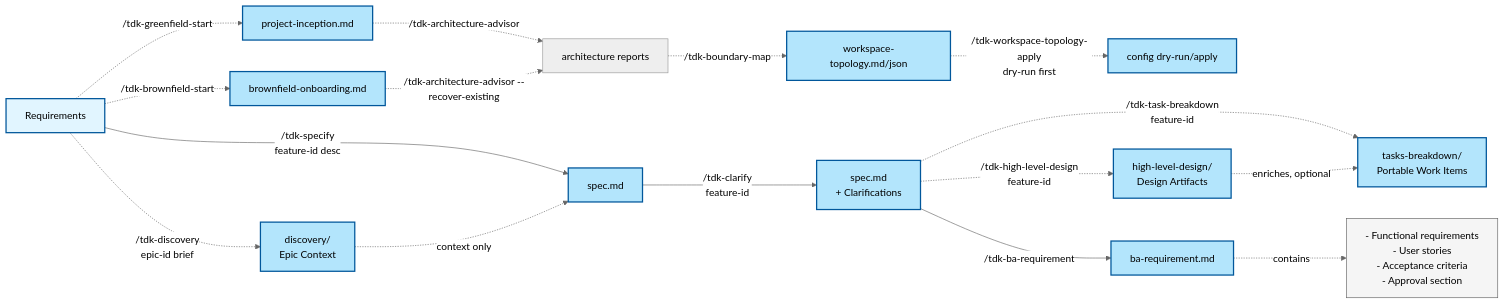
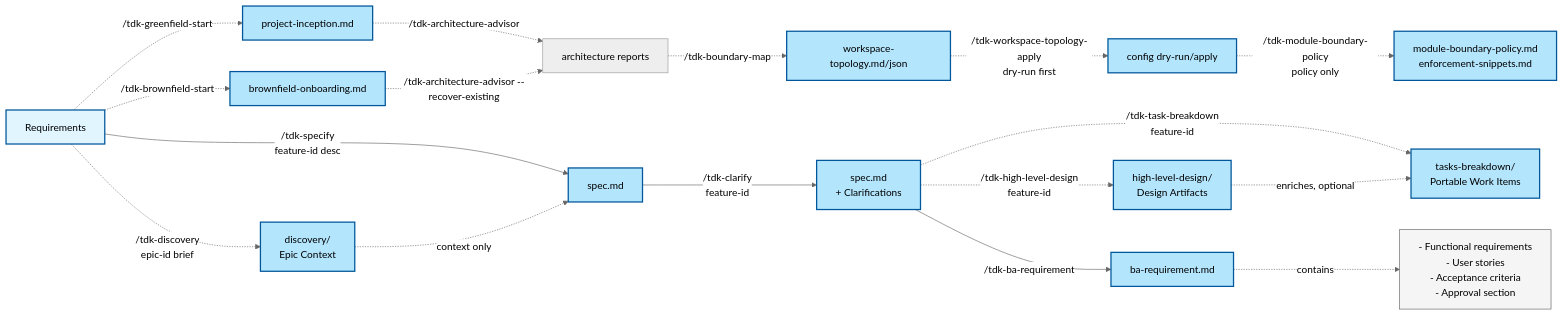
One commit to vinhltt/tdk changed the second of 8 diagrams in .specify/docs/en/document-flow.md. Above: the diagram before and after it, drawn with Mermaid (neutral theme). The commit also changed other lines of this file and 44 other files, not shown here.

````diff
--- a/.specify/docs/en/document-flow.md
+++ b/.specify/docs/en/document-flow.md
@@ -92,40 +94,42 @@
 ```mermaid
 flowchart LR
     REQ[Requirements]
     GREENFIELD_INCEPTION[project-inception.md]
     BROWNFIELD_ONBOARDING[brownfield-onboarding.md]
     ARCHITECTURE_REPORTS[architecture reports]
     TOPOLOGY[workspace-topology.md/json]
     CONFIG_PATCH[config dry-run/apply]
+    POLICY[module-boundary-policy.md<br/>enforcement-snippets.md]
     DISCOVERY[discovery/<br/>Epic Context]
     SPEC[spec.md]
     SPEC_CLAR[spec.md<br/>+ Clarifications]
     HLD[high-level-design/<br/>Design Artifacts]
     TASKS[tasks-breakdown/<br/>Portable Work Items]
     BA_REQ[ba-requirement.md]
 
     REQ -.->|"/tdk-greenfield-start"| GREENFIELD_INCEPTION
     REQ -.->|"/tdk-brownfield-start"| BROWNFIELD_ONBOARDING
     GREENFIELD_INCEPTION -.->|"/tdk-architecture-advisor"| ARCHITECTURE_REPORTS
     BROWNFIELD_ONBOARDING -.->|"/tdk-architecture-advisor --recover-existing"| ARCHITECTURE_REPORTS
     ARCHITECTURE_REPORTS -.->|"/tdk-boundary-map"| TOPOLOGY
     TOPOLOGY -.->|"/tdk-workspace-topology-apply<br/>dry-run first"| CONFIG_PATCH
+    CONFIG_PATCH -.->|"/tdk-module-boundary-policy<br/>policy only"| POLICY
     REQ -.->|"/tdk-discovery<br/>epic-id brief"| DISCOVERY
     REQ -->|"/tdk-specify<br/>feature-id desc"| SPEC
     DISCOVERY -.->|"context only"| SPEC
     SPEC -->|"/tdk-clarify<br/>feature-id"| SPEC_CLAR
     SPEC_CLAR -.->|"/tdk-high-level-design<br/>feature-id"| HLD
     SPEC_CLAR -.->|"/tdk-task-breakdown<br/>feature-id"| TASKS
     HLD -.->|"enriches, optional"| TASKS
     SPEC_CLAR -->|"/tdk-ba-requirement"| BA_REQ
 
     BA_REQ -.->|contains| CONTENT["- Functional requirements<br/>- User stories<br/>- Acceptance criteria<br/>- Approval section"]
 
     classDef input fill:#e1f5ff,stroke:#01579b,stroke-width:2px
     classDef output fill:#b3e5fc,stroke:#01579b,stroke-width:2px
     classDef note fill:#f5f5f5,stroke:#616161,stroke-width:1px
 
     class REQ input
-    class GREENFIELD_INCEPTION,BROWNFIELD_ONBOARDING,TOPOLOGY,CONFIG_PATCH,DISCOVERY,SPEC,SPEC_CLAR,HLD,TASKS,BA_REQ output
+    class GREENFIELD_INCEPTION,BROWNFIELD_ONBOARDING,TOPOLOGY,CONFIG_PATCH,POLICY,DISCOVERY,SPEC,SPEC_CLAR,HLD,TASKS,BA_REQ output
     class CONTENT note
 ```
````
